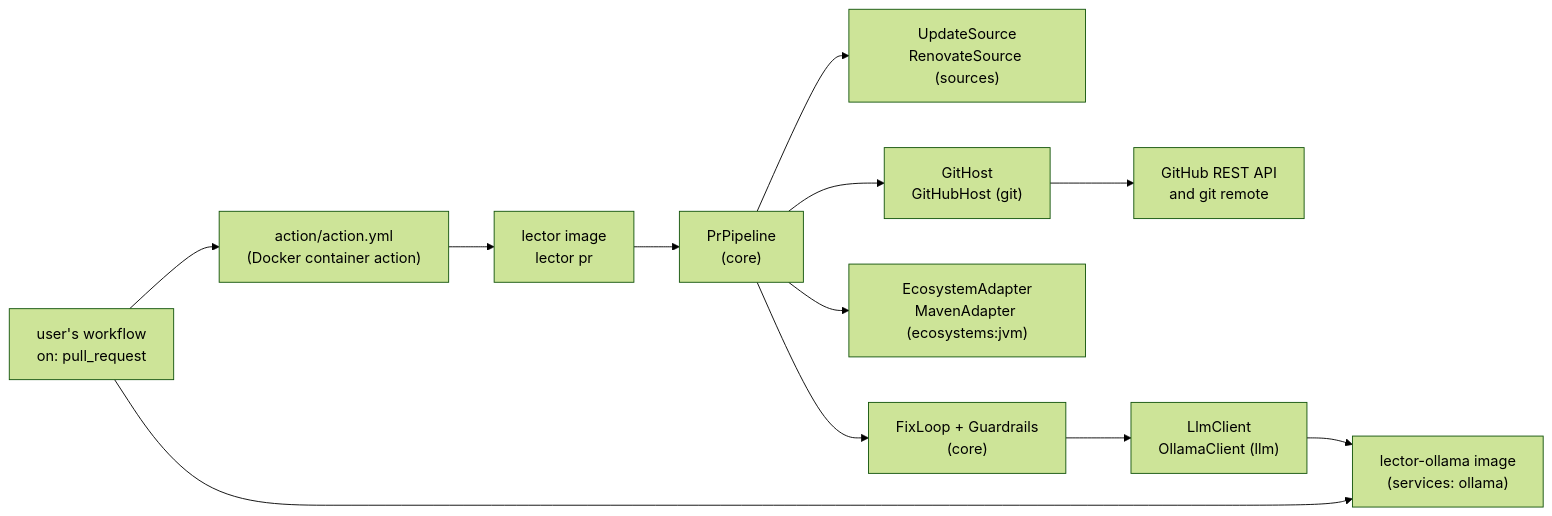
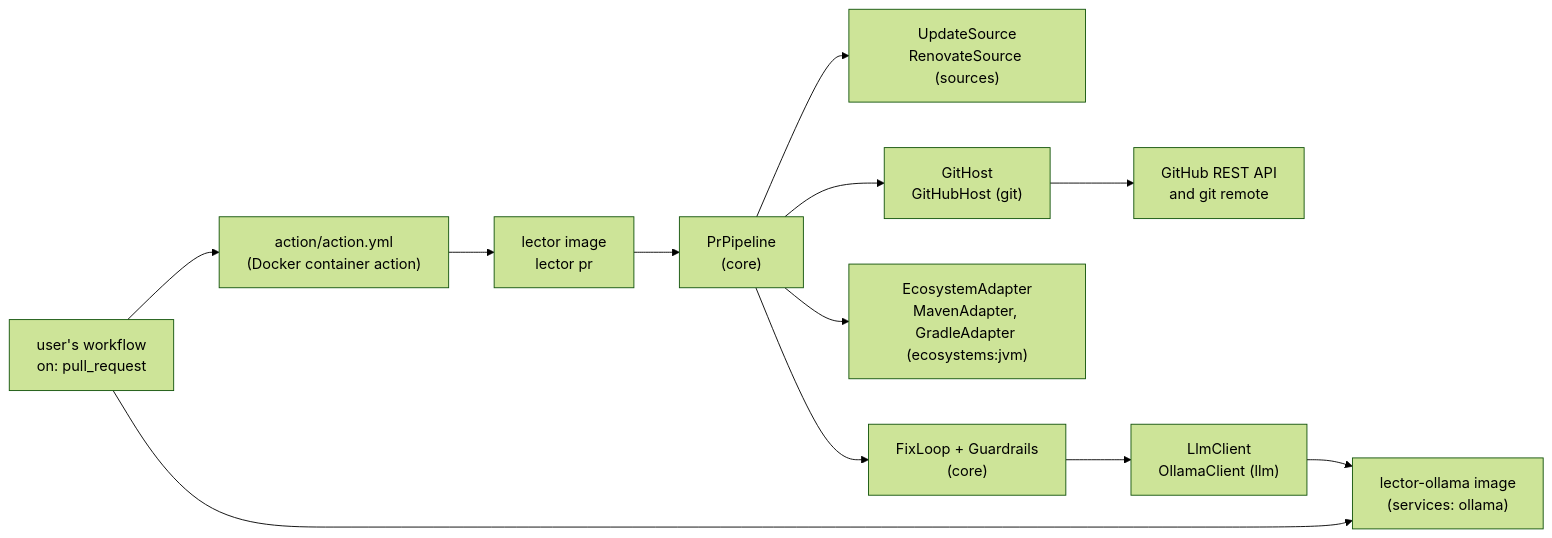
One commit to danvan86/lector-ai changed the first of 2 diagrams in docs/architecture/pr-pipeline.md. Above: the diagram before and after it, drawn with Mermaid (forest theme). The commit also changed other lines of this file and 7 other files, not shown here.

Commit message:
docs: document the Gradle adapter, and bring the architecture docs up to M7

````diff
--- a/docs/architecture/pr-pipeline.md
+++ b/docs/architecture/pr-pipeline.md
@@ -18,14 +18,14 @@
 ```mermaid
 flowchart LR
     wf["user's workflow<br/>on: pull_request"] --> action["action/action.yml<br/>(Docker container action)"]
     wf --> sidecar["lector-ollama image<br/>(services: ollama)"]
     action --> image["lector image<br/>lector pr"]
     image --> pipeline["PrPipeline<br/>(core)"]
     pipeline --> source["UpdateSource<br/>RenovateSource (sources)"]
     pipeline --> host["GitHost<br/>GitHubHost (git)"]
-    pipeline --> adapter["EcosystemAdapter<br/>MavenAdapter (ecosystems:jvm)"]
+    pipeline --> adapter["EcosystemAdapter<br/>MavenAdapter, GradleAdapter (ecosystems:jvm)"]
     pipeline --> loop["FixLoop + Guardrails<br/>(core)"]
     loop --> llm["LlmClient<br/>OllamaClient (llm)"]
     llm --> sidecar
     host --> gh["GitHub REST API<br/>and git remote"]
 ```
````
